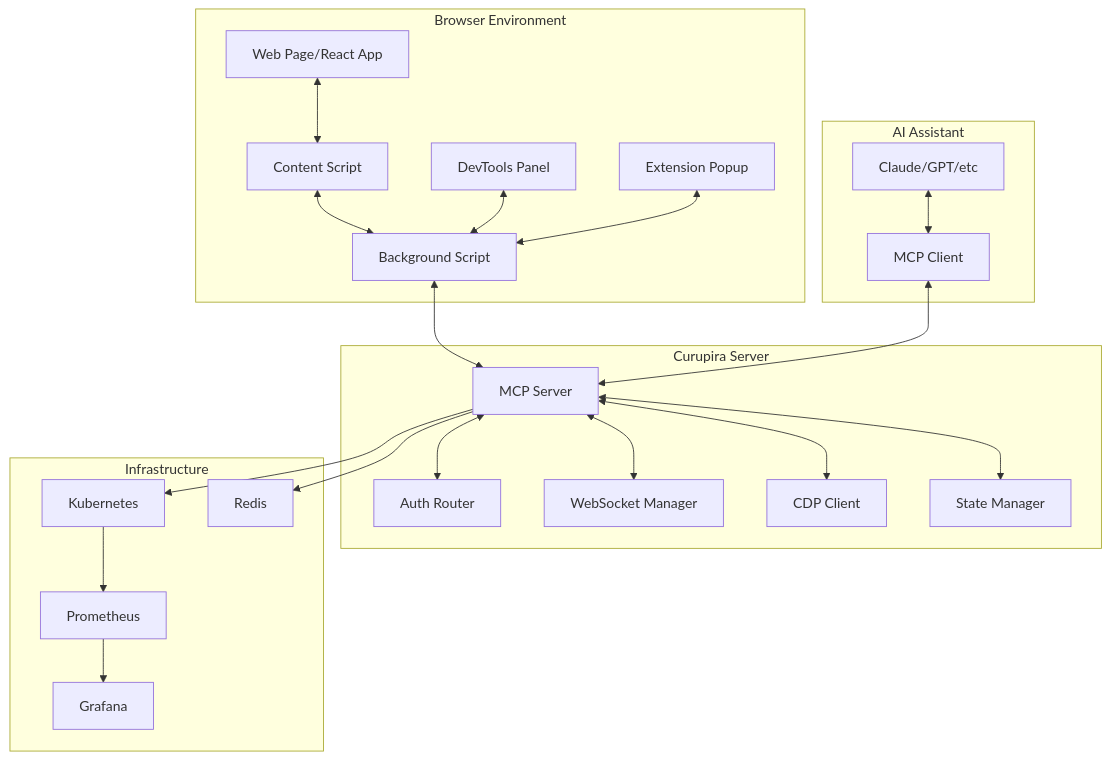
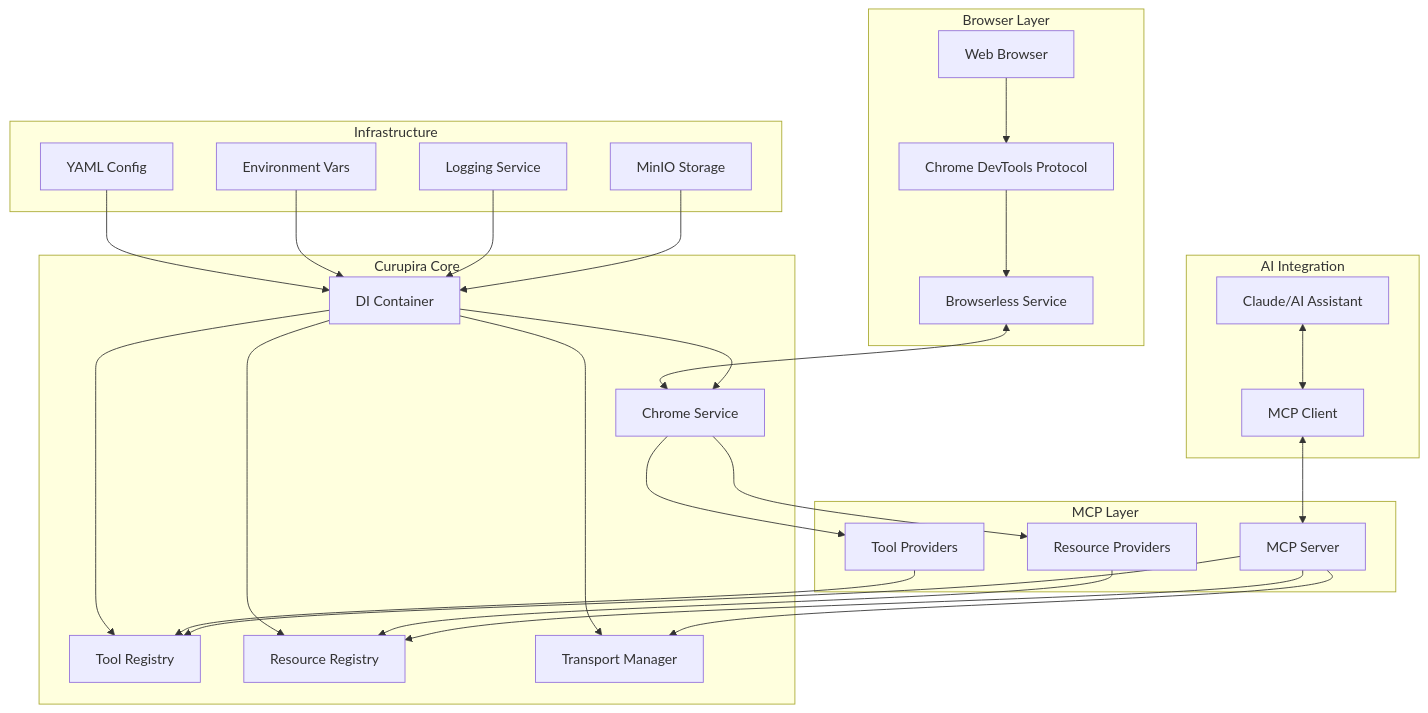
One commit to drzln/curupira changed the diagram in ARCHITECTURE.md. Above: the diagram before and after it, drawn with Mermaid. The commit also changed other lines of this file and 2 other files, not shown here.

````diff
--- a/ARCHITECTURE.md
+++ b/ARCHITECTURE.md
@@ -11,49 +11,60 @@
 ```mermaid
 graph TB
-    subgraph "Browser Environment"
-        WP[Web Page/React App]
-        CS[Content Script]
-        BG[Background Script]
-        DT[DevTools Panel]
-        PP[Extension Popup]
+    subgraph "Browser Layer"
+        WB[Web Browser]
+        CDP[Chrome DevTools Protocol]
+        BLS[Browserless Service]
     end
 
-    subgraph "Curupira Server"
-        MS[MCP Server]
-        AR[Auth Router]
-        WS[WebSocket Manager]
-        CDP[CDP Client]
-        ST[State Manager]
+    subgraph "Curupira Core"
+        DIC[DI Container]
+        CS[Chrome Service]
+        TR[Tool Registry]
+        RR[Resource Registry]
+        TM[Transport Manager]
     end
 
-    subgraph "AI Assistant"
-        AI[Claude/GPT/etc]
+    subgraph "MCP Layer"
+        MS[MCP Server]
+        TP[Tool Providers]
+        RP[Resource Providers]
+    end
+
+    subgraph "AI Integration"
+        AI[Claude/AI Assistant]
         MC[MCP Client]
     end
 
     subgraph "Infrastructure"
-        K8S[Kubernetes]
-        PROM[Prometheus]
-        GRAF[Grafana]
-        REDIS[Redis]
+        CFG[YAML Config]
+        ENV[Environment Vars]
+        LOG[Logging Service]
+        MIN[MinIO Storage]
     end
 
-    WP <--> CS
-    CS <--> BG
-    BG <--> MS
-    DT <--> BG
-    PP <--> BG
+    WB --> CDP
+    CDP --> BLS
+    BLS <--> CS
 
-    MS <--> CDP
-    MS <--> AR
-    MS <--> WS
-    MS <--> ST
+    DIC --> CS
+    DIC --> TR
+    DIC --> RR
+    DIC --> TM
+
+    CS --> TP
+    CS --> RP
+    TP --> TR
+    RP --> RR
+
+    MS --> TM
+    MS --> TR
+    MS --> RR
 
     AI <--> MC
     MC <--> MS
 
-    MS --> K8S
-    K8S --> PROM
-    PROM --> GRAF
-    MS --> REDIS
+    CFG --> DIC
+    ENV --> DIC
+    LOG --> DIC
+    MIN --> DIC
 ```
````
